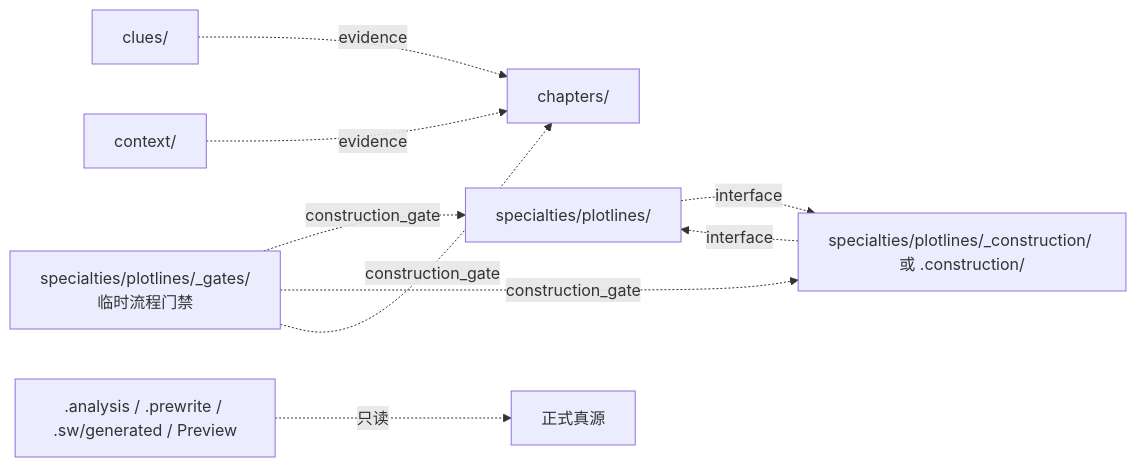
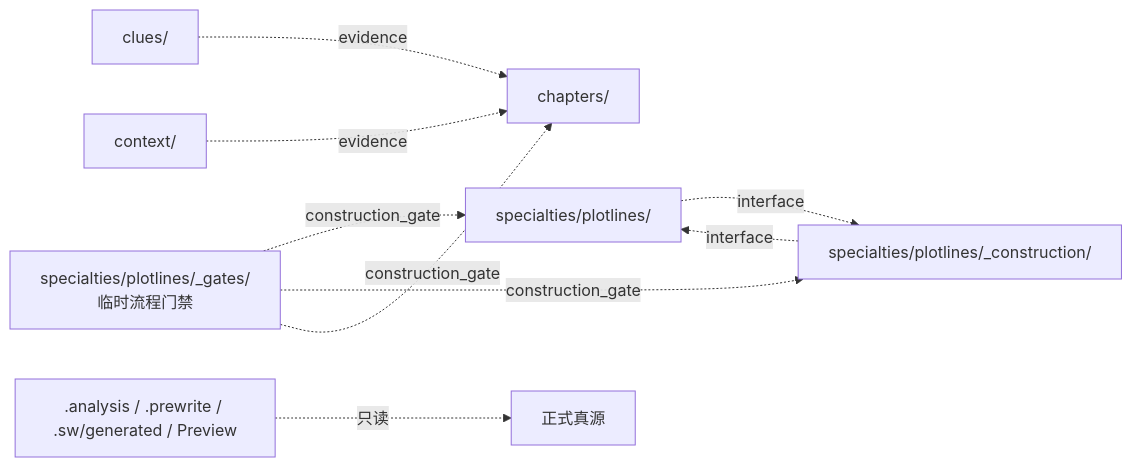
One commit to zevwings/story-stars changed the second of 3 diagrams in zen/references.md. Above: the diagram before and after it, drawn with Mermaid. The commit also changed other lines of this file and 1569 other files, not shown here.

````diff
--- a/zen/references.md
+++ b/zen/references.md
@@ -64,20 +64,20 @@
 ```mermaid
 flowchart LR
     Plotline["specialties/plotlines/"]
-    Construction["specialties/plotlines/_construction/ 或 .construction/"]
+    Construction["specialties/plotlines/_construction/"]
     Chapter["chapters/"]
     Clue["clues/"]
     Context["context/"]
     Gate["specialties/plotlines/_gates/<br/>临时流程门禁"]
     Formal["正式真源"]
     Derived[".analysis / .prewrite / .sw/generated / Preview"]
 
     Plotline -. "interface" .-> Construction
     Construction -. "interface" .-> Plotline
     Clue -. "evidence" .-> Chapter
     Context -. "evidence" .-> Chapter
     Gate -. "construction_gate" .-> Plotline
     Gate -. "construction_gate" .-> Construction
     Gate -. "construction_gate" .-> Chapter
     Derived -. "只读" .-> Formal
 ```
````
